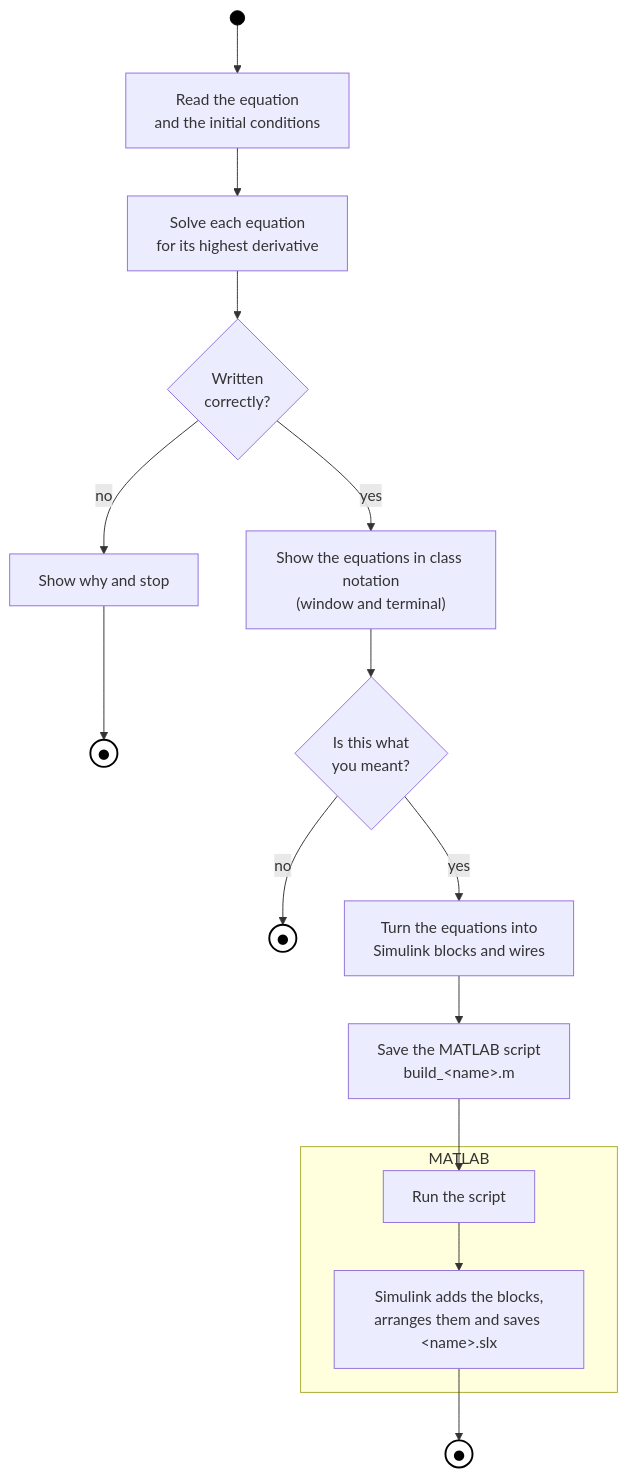
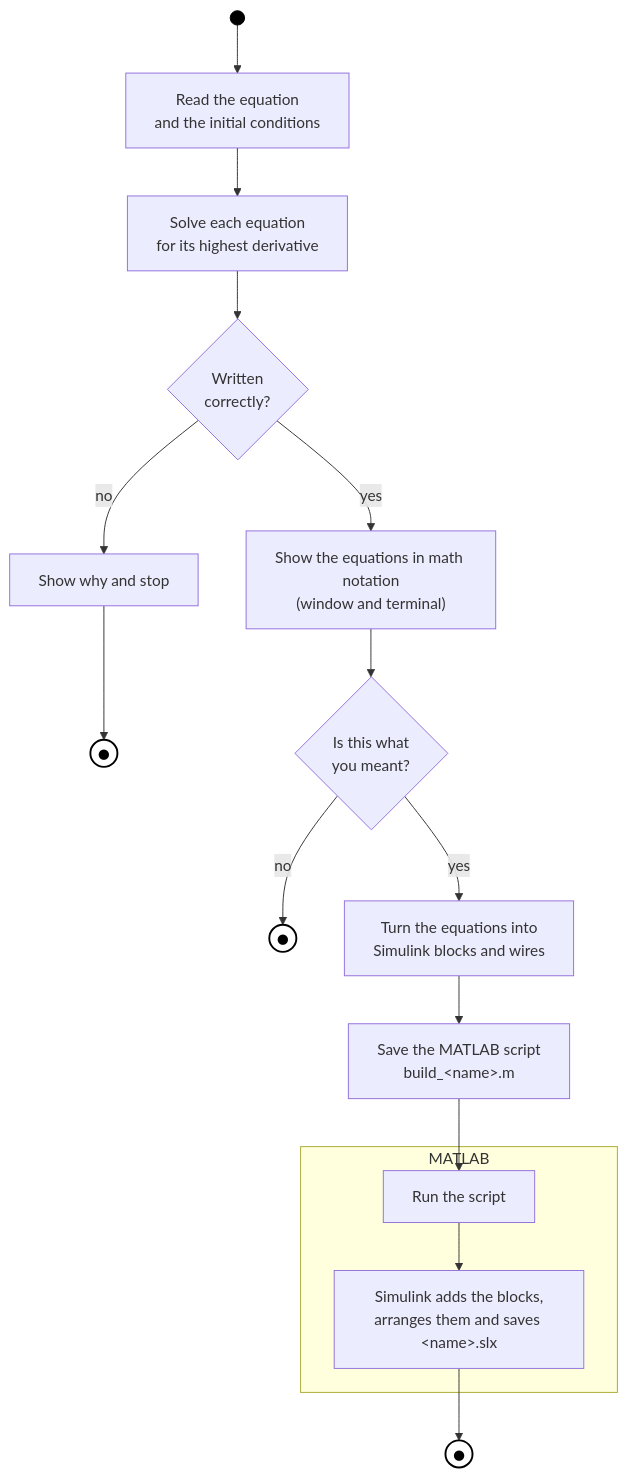
The diagram in docs/diagrams/program_flow.mmd (simlirette/semestral-work-ite), drawn with Mermaid before and after one commit. The commit also changed 16 other files, not shown here.

```diff
--- a/docs/diagrams/program_flow.mmd
+++ b/docs/diagrams/program_flow.mmd
@@ -1,20 +1,20 @@
 flowchart TD
     start(( )) --> read["Read the equation<br>and the initial conditions"]
     read --> solve["Solve each equation<br>for its highest derivative"]
     solve --> ok{"Written<br>correctly?"}
     ok -- no --> why["Show why and stop"] --> stop1(("●"))
-    ok -- yes --> show["Show the equations in class notation<br>(window and terminal)"]
+    ok -- yes --> show["Show the equations in math notation<br>(window and terminal)"]
     show --> confirm{"Is this what<br>you meant?"}
     confirm -- no --> stop2(("●"))
     confirm -- yes --> blocks["Turn the equations into<br>Simulink blocks and wires"]
     blocks --> script["Save the MATLAB script<br>build_&lt;name&gt;.m"]
     subgraph MATLAB
         run["Run the script"] --> build["Simulink adds the blocks,<br>arranges them and saves &lt;name&gt;.slx"]
     end
     script --> run
     build --> stop3(("●"))
 
     classDef dot fill:#000,stroke:#000
     class start dot
     classDef endnode fill:#fff,stroke:#000,stroke-width:2px,font-size:22px,color:#000
     class stop1,stop2,stop3 endnode
```
